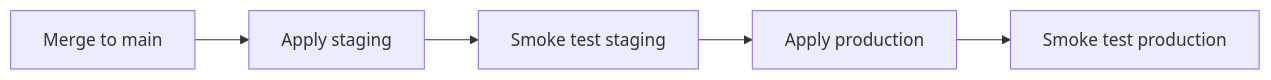
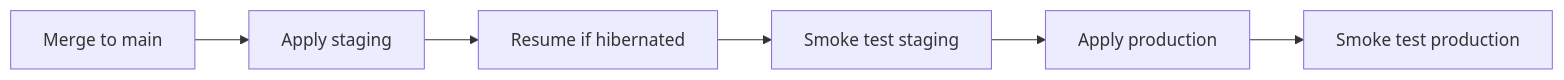
The diagram in docs/ops/INFRA_PIPELINES.md (SaveMarineMammals/marine-mammal-assessment-platform), drawn with Mermaid before and after one commit. The commit also changed other lines of this file and 4 other files, not shown here.

First line of the commit message:
fix(ci): resume hibernated staging before infra smoke verify (#9)

````diff
--- a/docs/ops/INFRA_PIPELINES.md
+++ b/docs/ops/INFRA_PIPELINES.md
@@ -73,7 +73,8 @@
 ```mermaid
 flowchart LR
   merge[Merge to main] --> stg[Apply staging]
-  stg --> smokeS[Smoke test staging]
+  stg --> resume[Resume if hibernated]
+  resume --> smokeS[Smoke test staging]
   smokeS --> prod[Apply production]
   prod --> smokeP[Smoke test production]
 ```
````
